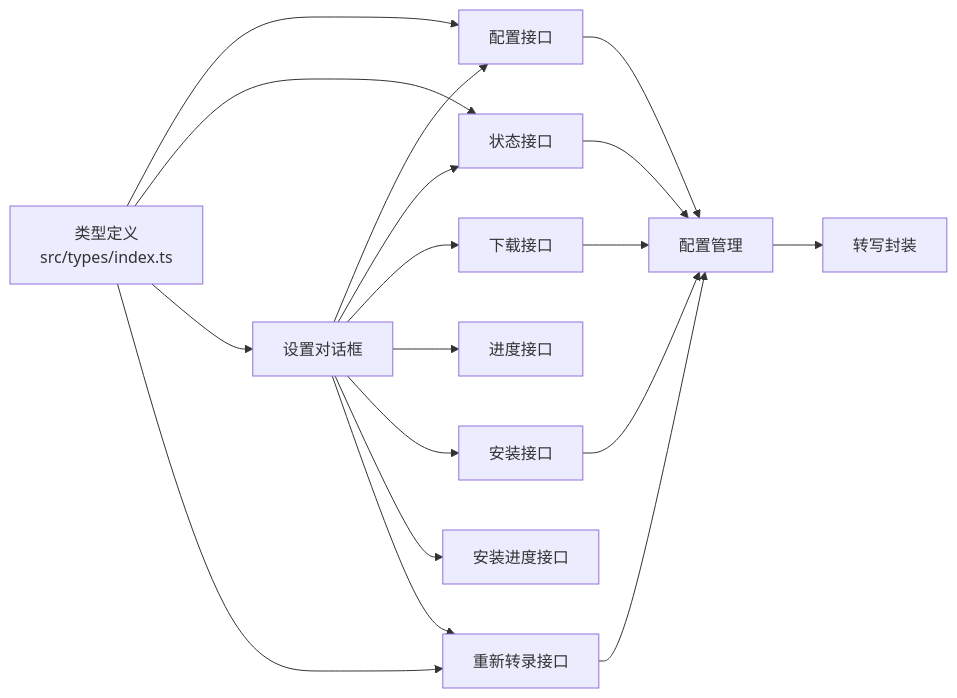
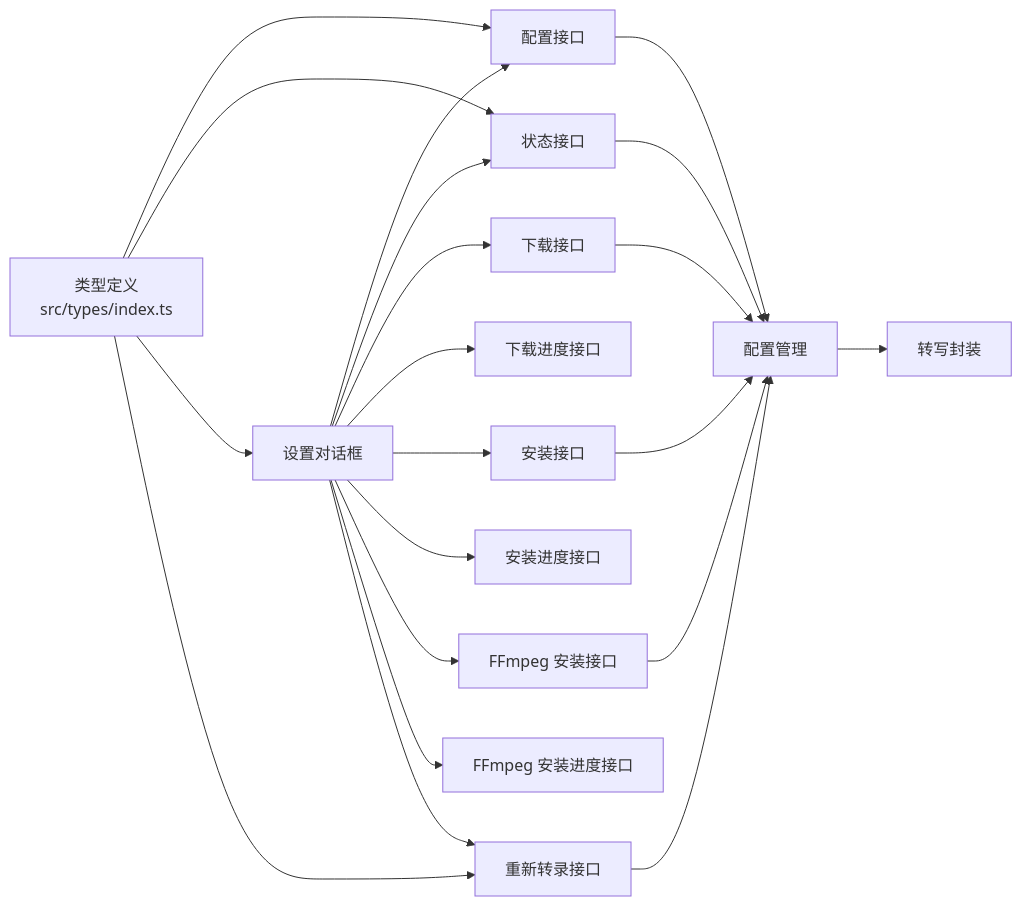
Diagram 12 of 12 in .qoder/repowiki/zh/content/核心功能模块/Whisper 配置管理.md (clawbotai/memo-flow), drawn with Mermaid before and after one commit. The commit also changed other lines of this file and 5 other files, not shown here.

````diff
--- a/.qoder/repowiki/zh/content/核心功能模块/Whisper 配置管理.md
+++ b/.qoder/repowiki/zh/content/核心功能模块/Whisper 配置管理.md
@@ -480,20 +559,23 @@
 ```mermaid
 graph LR
 Types["类型定义<br/>src/types/index.ts"] --> ConfigAPI["配置接口"]
 Types --> StatusAPI["状态接口"]
 Types --> Settings["设置对话框"]
 Types --> RetranscribeAPI["重新转录接口"]
 ConfigAPI --> ConfigLib["配置管理"]
 StatusAPI --> ConfigLib
 Settings --> ConfigAPI
 Settings --> StatusAPI
 Settings --> DownloadAPI["下载接口"]
-Settings --> ProgressAPI["进度接口"]
+Settings --> ProgressAPI["下载进度接口"]
 Settings --> InstallAPI["安装接口"]
 Settings --> InstallProgressAPI["安装进度接口"]
+Settings --> FfmpegInstallAPI["FFmpeg 安装接口"]
+Settings --> FfmpegInstallProgressAPI["FFmpeg 安装进度接口"]
 Settings --> RetranscribeAPI
 ConfigLib --> WhisperLib["转写封装"]
 DownloadAPI --> ConfigLib
 InstallAPI --> ConfigLib
+FfmpegInstallAPI --> ConfigLib
 RetranscribeAPI --> ConfigLib
 ```
````
